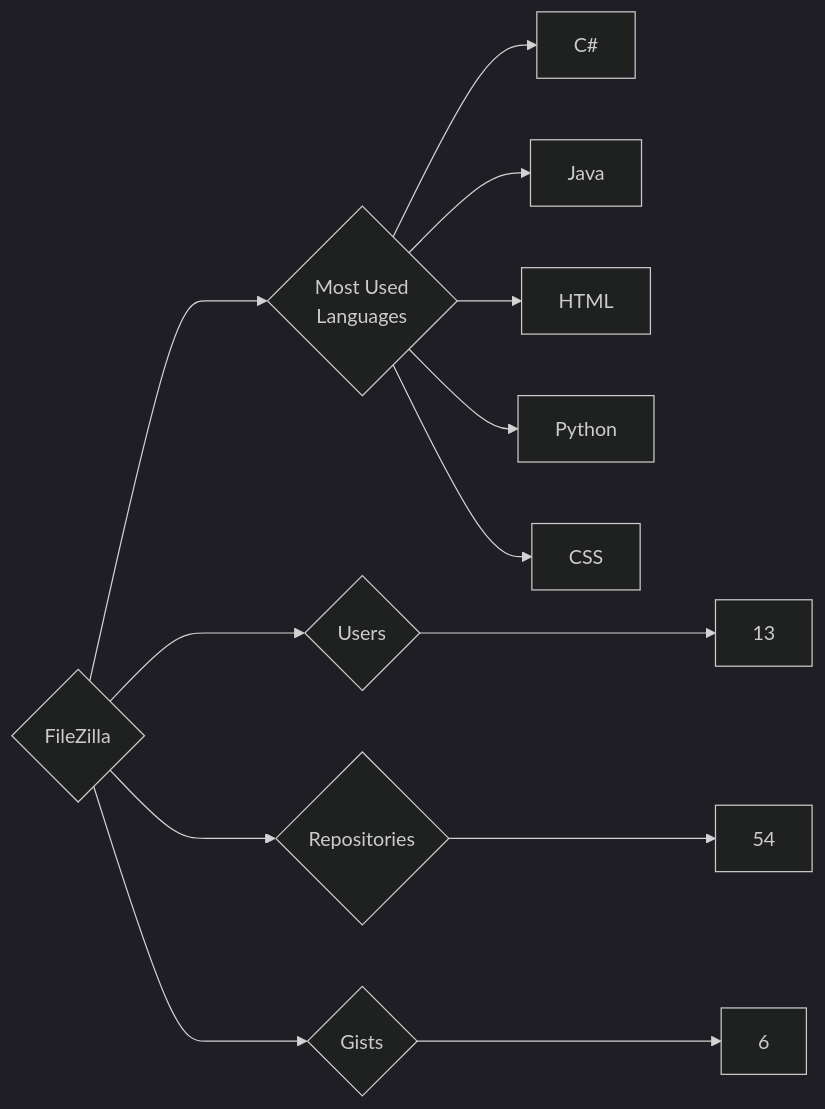
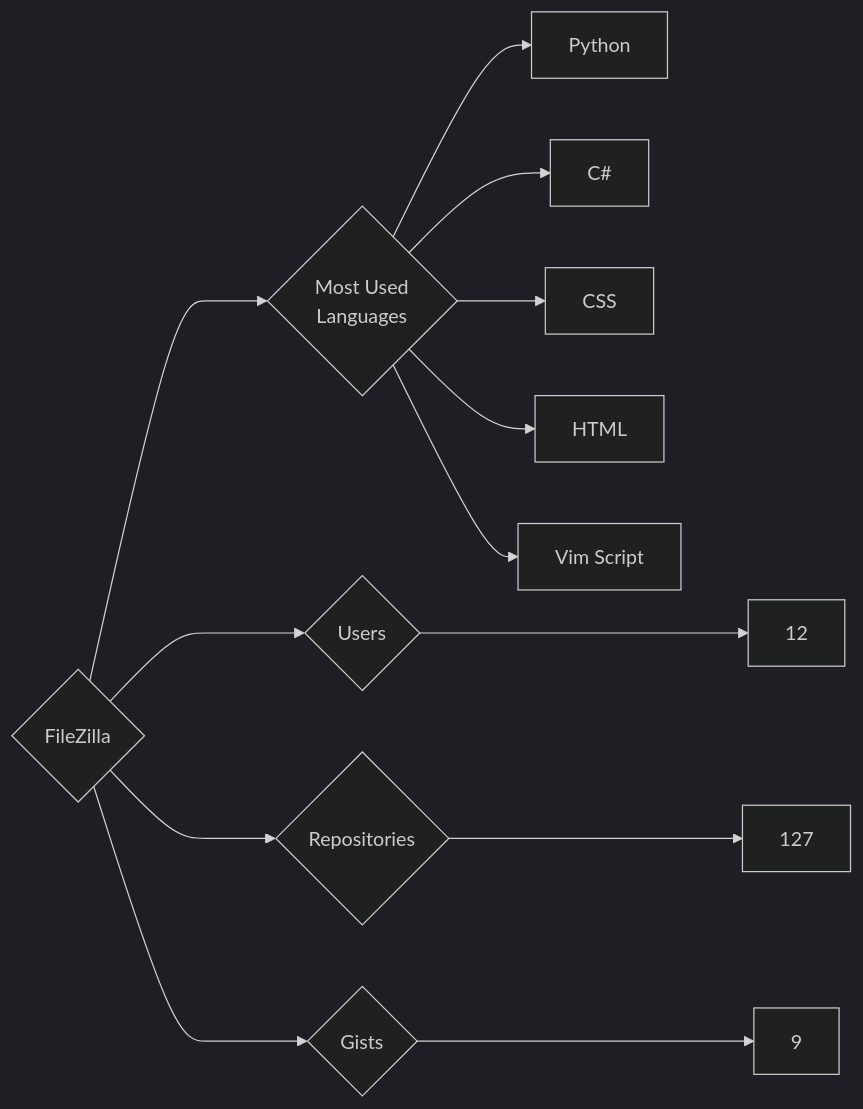
The diagram in targets/FileZilla/README.md (trickest/insiders), drawn with Mermaid (dark theme) before and after one commit. The commit also changed 1148 other files, not shown here.

````diff
--- a/targets/FileZilla/README.md
+++ b/targets/FileZilla/README.md
@@ -3,13 +3,13 @@
 ```mermaid
 graph LR
 COMPANY_NAME{FileZilla}
-COMPANY_NAME ---> U{Users} ---> UN[13]
-COMPANY_NAME ---> R{Repositories} ---> RN[54]
-COMPANY_NAME ---> G{Gists} ---> GN[6]
+COMPANY_NAME ---> U{Users} ---> UN[12]
+COMPANY_NAME ---> R{Repositories} ---> RN[127]
+COMPANY_NAME ---> G{Gists} ---> GN[9]
 COMPANY_NAME ---> ML{Most Used<br>Languages}
+ML --> Python[Python]
 ML --> C#[C#]
-ML --> Java[Java]
+ML --> CSS[CSS]
 ML --> HTML[HTML]
-ML --> Python[Python]
-ML --> CSS[CSS]
+ML --> Vim_Script[Vim Script]
 ```
````
